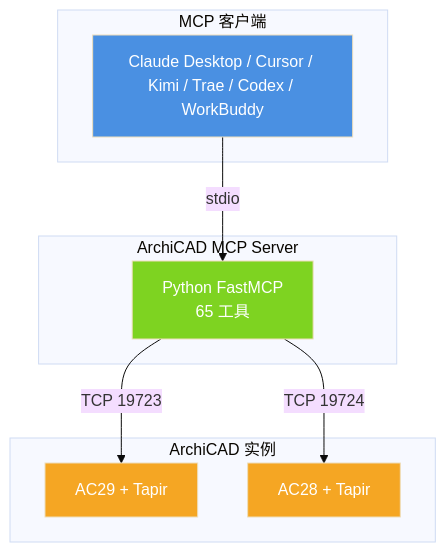
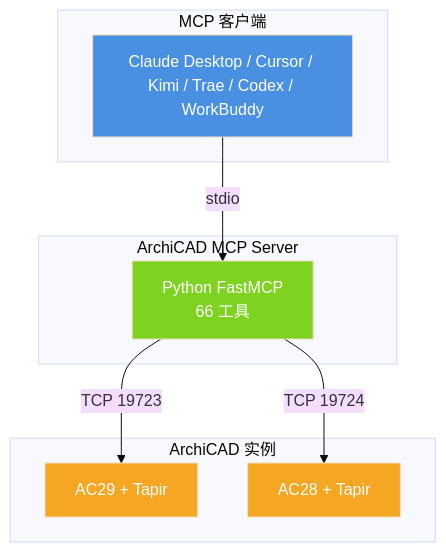
The diagram in readme.md (archilau0315/archilinkai), drawn with Mermaid (base theme) before and after one commit. The commit also changed other lines of this file and 6 other files, not shown here.

````diff
--- a/readme.md
+++ b/readme.md
@@ -62,20 +62,20 @@
 ```mermaid
 flowchart TB
     subgraph Client["MCP 客户端"]
         C[Claude Desktop / Cursor / Kimi / Trae / Codex / WorkBuddy]
     end
     subgraph Server["ArchiCAD MCP Server"]
-        S[Python FastMCP<br/>65 工具]
+        S[Python FastMCP<br/>66 工具]
     end
     subgraph AC["ArchiCAD 实例"]
         A1[AC29 + Tapir]
         A2[AC28 + Tapir]
     end
     C -->|stdio| S
     S -->|TCP 19723| A1
     S -->|TCP 19724| A2
     style C fill:#4a90e2,color:#fff
     style S fill:#7ed321,color:#fff
     style A1 fill:#f5a623,color:#fff
     style A2 fill:#f5a623,color:#fff
 ```
````
